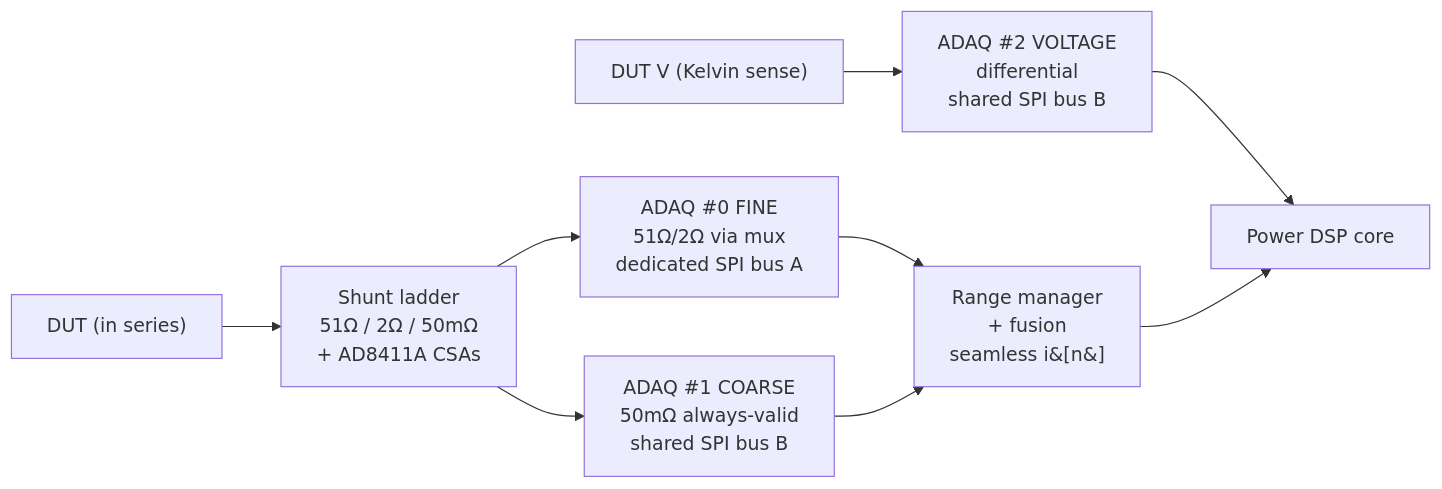
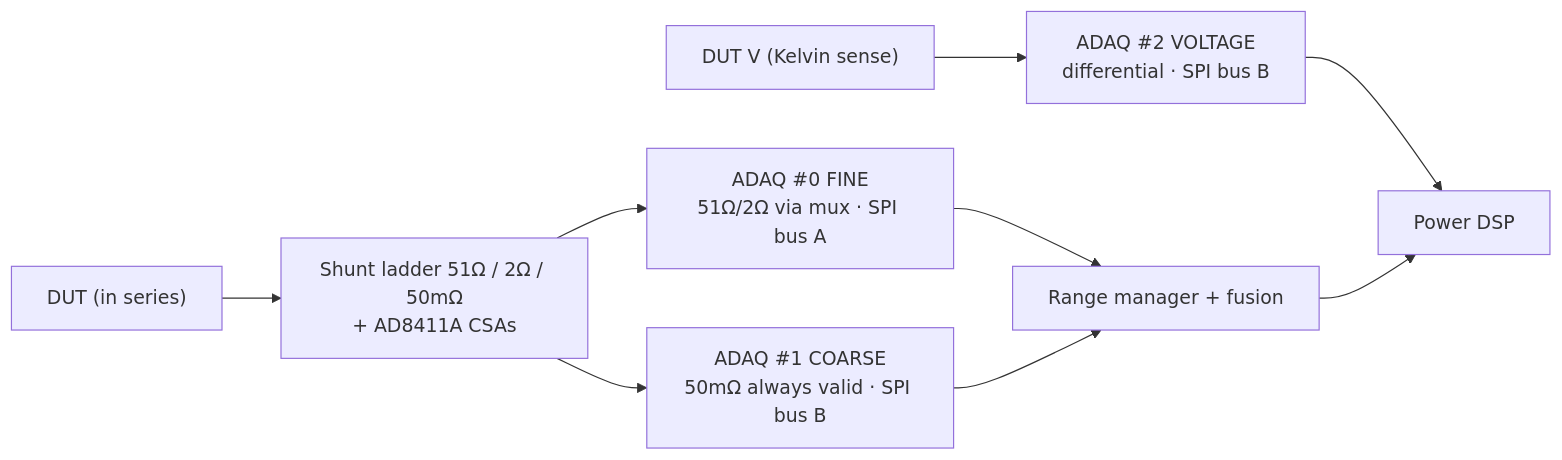
The second of 4 diagrams in Firmware/DAQ_HAT/README.md (lollokara/BugBuster), drawn with Mermaid before and after one commit. The commit also changed other lines of this file and 61 other files, not shown here.

````diff
--- a/Firmware/DAQ_HAT/README.md
+++ b/Firmware/DAQ_HAT/README.md
@@ -65,11 +58,11 @@
 ```mermaid
 flowchart LR
-    DUT["DUT (in series)"] --> SH["Shunt ladder<br/>51Ω / 2Ω / 50mΩ<br/>+ AD8411A CSAs"]
-    SH --> FINE["ADAQ #0 FINE<br/>51Ω/2Ω via mux<br/>dedicated SPI bus A"]
-    SH --> COARSE["ADAQ #1 COARSE<br/>50mΩ always-valid<br/>shared SPI bus B"]
-    VIN["DUT V (Kelvin sense)"] --> VOLT["ADAQ #2 VOLTAGE<br/>differential<br/>shared SPI bus B"]
+    DUT["DUT (in series)"] --> SH["Shunt ladder 51Ω / 2Ω / 50mΩ<br/>+ AD8411A CSAs"]
+    SH --> FINE["ADAQ #0 FINE<br/>51Ω/2Ω via mux · SPI bus A"]
+    SH --> COARSE["ADAQ #1 COARSE<br/>50mΩ always valid · SPI bus B"]
+    VIN["DUT V (Kelvin sense)"] --> VOLT["ADAQ #2 VOLTAGE<br/>differential · SPI bus B"]
     FINE --> FUSE
-    COARSE --> FUSE["Range manager<br/>+ fusion<br/>seamless i&#91;n&#93;"]
+    COARSE --> FUSE["Range manager + fusion"]
     VOLT --> DSP
-    FUSE --> DSP["Power DSP core"]
+    FUSE --> DSP["Power DSP"]
 ```
````
